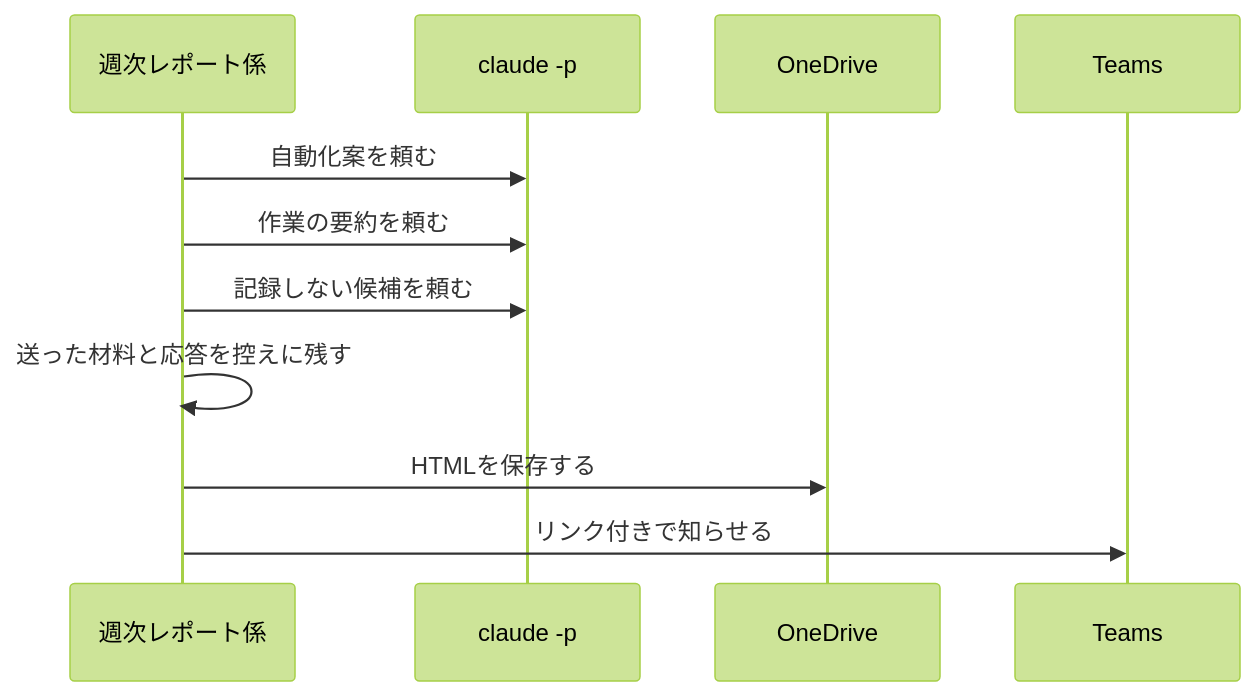
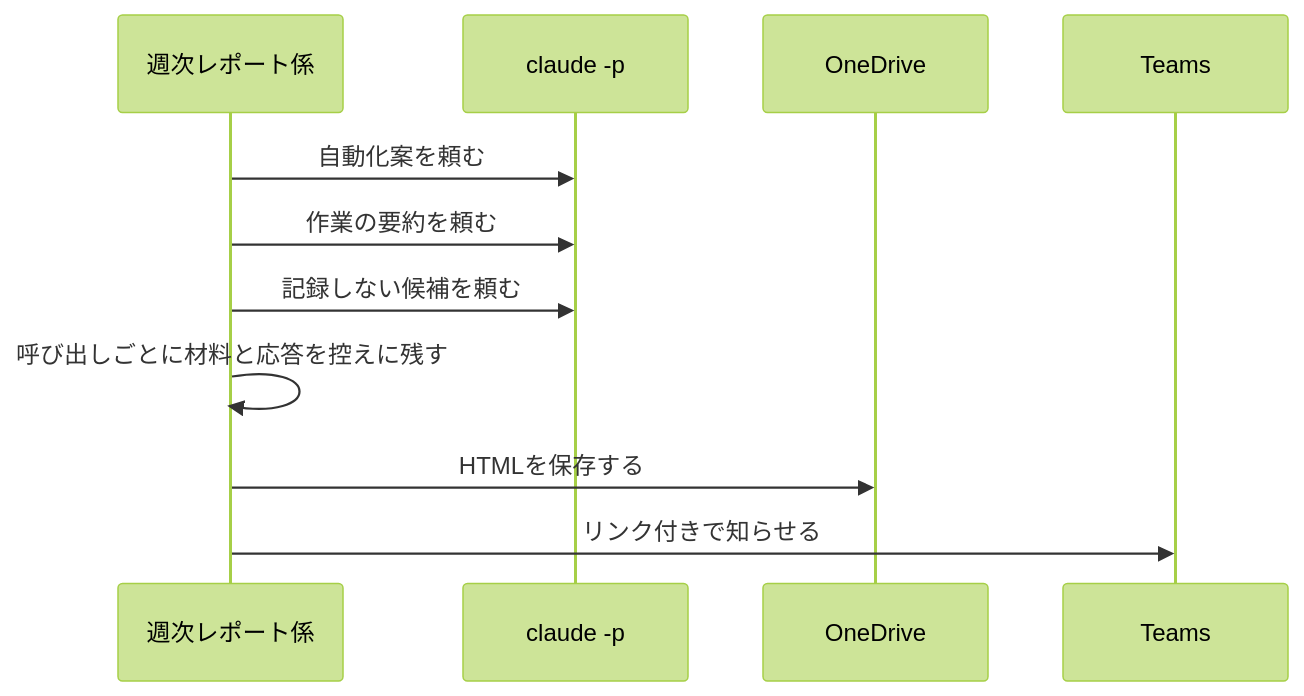
One commit to dnode-ryosuke-yamazaki/study changed the second of 12 diagrams in apps/routine-work-finder/specs/weekly-automation-report/design.md. Above: the diagram before and after it, drawn with Mermaid (forest theme). The commit also changed other lines of this file and 4 other files, not shown here.

````diff
--- a/apps/routine-work-finder/specs/weekly-automation-report/design.md
+++ b/apps/routine-work-finder/specs/weekly-automation-report/design.md
@@ -118,13 +118,13 @@
 ```mermaid
 sequenceDiagram
     participant W as 週次レポート係
     participant C as claude -p
     participant O as OneDrive
     participant T as Teams
     W->>C: 自動化案を頼む
     W->>C: 作業の要約を頼む
     W->>C: 記録しない候補を頼む
-    W->>W: 送った材料と応答を控えに残す
+    W->>W: 呼び出しごとに材料と応答を控えに残す
     W->>O: HTMLを保存する
     W->>T: リンク付きで知らせる
 ```
````
